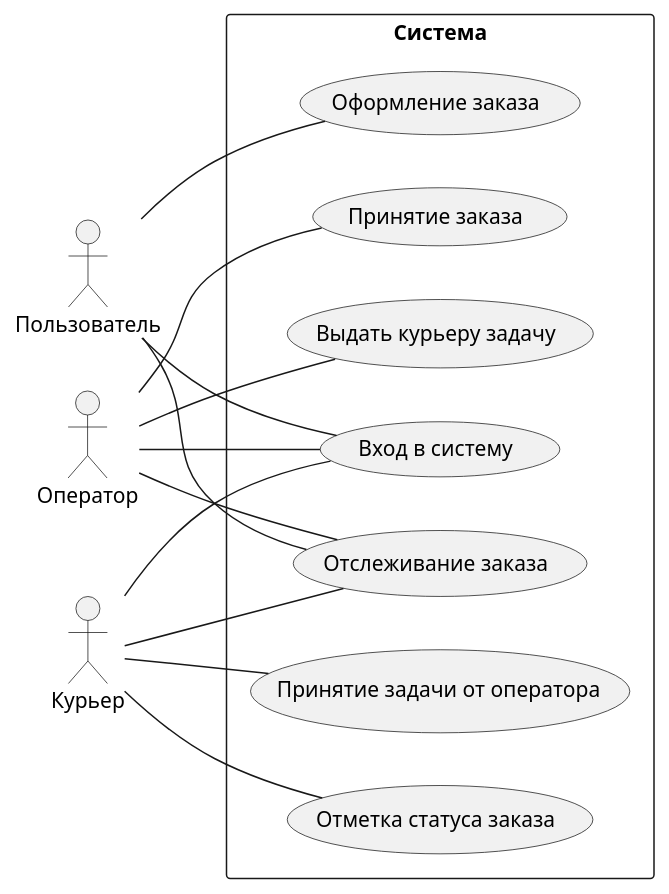
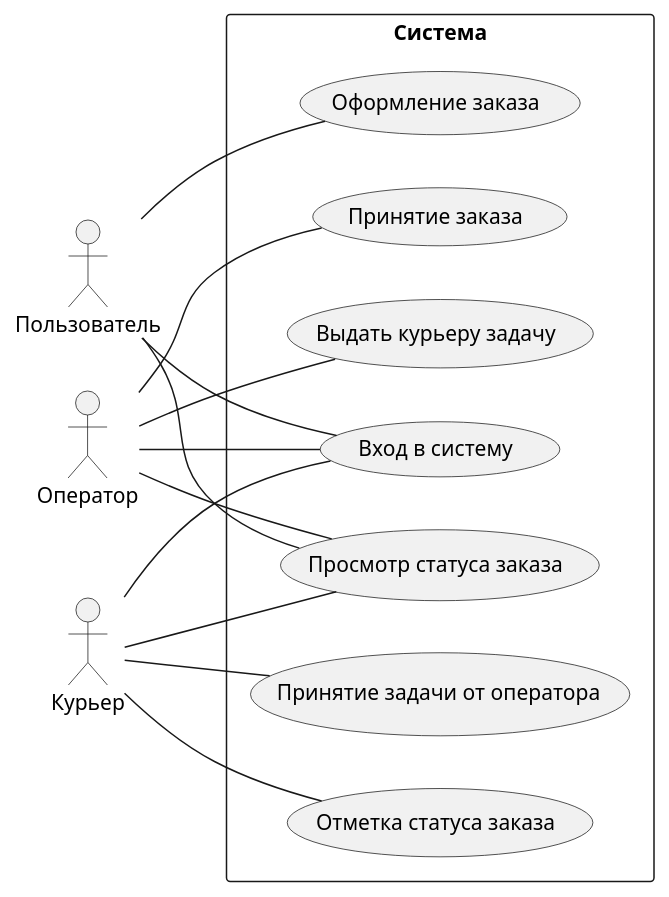
One commit to hamstez/bd changed the diagram in src/main/resources/usecase.puml. Above: the diagram before and after it, drawn with PlantUML. The commit also changed 1 other file, not shown here.

```diff
--- a/src/main/resources/usecase.puml
+++ b/src/main/resources/usecase.puml
@@ -1,27 +1,27 @@
 @startuml bd
 left to right direction
 skinparam packageStyle rectangle
 actor "Пользователь" as User
 actor "Оператор" as Oper
 actor "Курьер" as Cour
 package "Система" {
 usecase "Вход в систему" as uc_login
-usecase "Отслеживание заказа" as uc_track
+usecase "Просмотр статуса заказа" as uc_track
 usecase "Оформление заказа" as uc_order
 usecase "Выдать курьеру задачу" as uc_task
 usecase "Принятие заказа" as uc_accept
 usecase "Отметка статуса заказа" as uc_point
 usecase "Принятие задачи от оператора" as uc_taskfromoper
 }
 User -- uc_login
 User -- uc_track
 User -- uc_order
 Oper -- uc_login
 Oper -- uc_track
 Oper -- uc_task
 Oper -- uc_accept
 Cour -- uc_login
 Cour -- uc_track
 Cour -- uc_point
 Cour -- uc_taskfromoper
 @enduml
```
